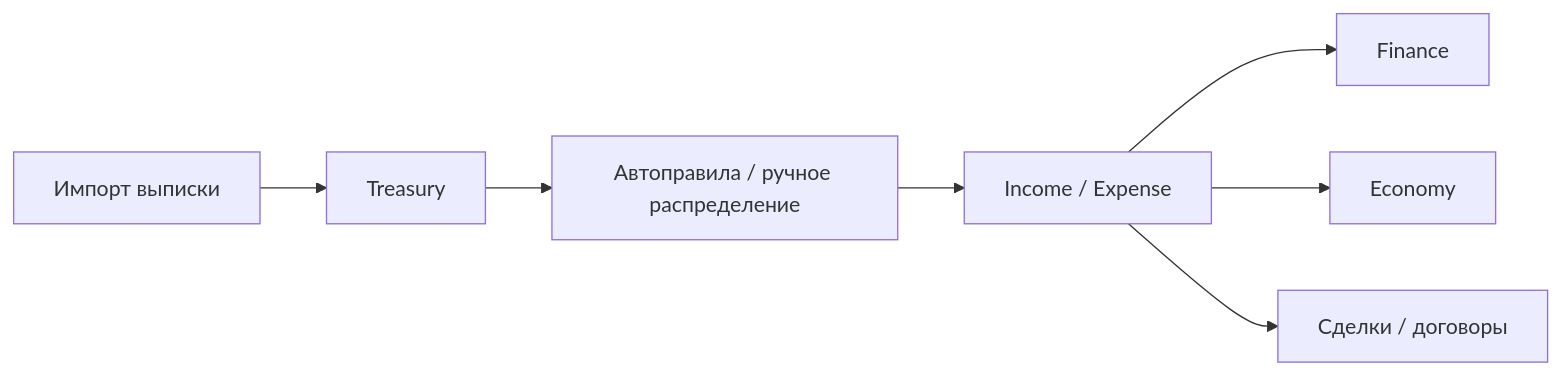
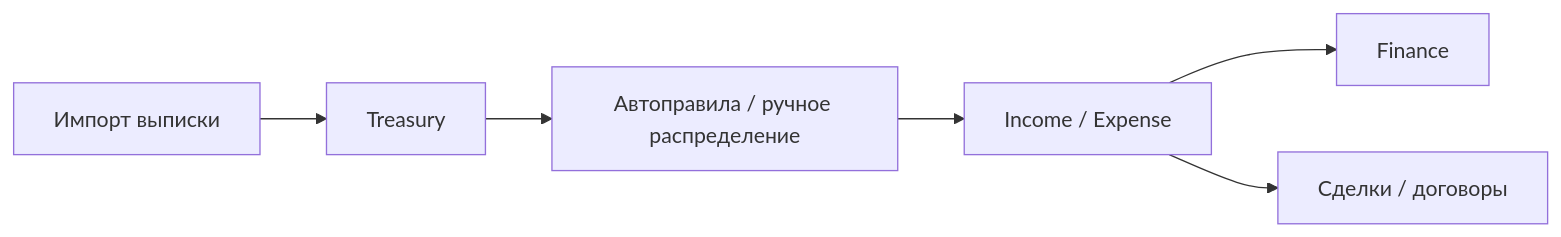
The fourth of 5 diagrams in docs/DEVELOPER_ARCHITECTURE.md (Illaevs/MPB), drawn with Mermaid before and after one commit. The commit also changed other lines of this file and 7 other files, not shown here.

````diff
--- a/docs/DEVELOPER_ARCHITECTURE.md
+++ b/docs/DEVELOPER_ARCHITECTURE.md
@@ -231,9 +249,8 @@
 ```mermaid
 flowchart LR
     Bank["Импорт выписки"] --> Treasury["Treasury"]
     Treasury --> Rules["Автоправила / ручное распределение"]
     Rules --> DDS["Income / Expense"]
     DDS --> Finance["Finance"]
-    DDS --> Economy["Economy"]
     DDS --> Projects["Сделки / договоры"]
 ```
````
